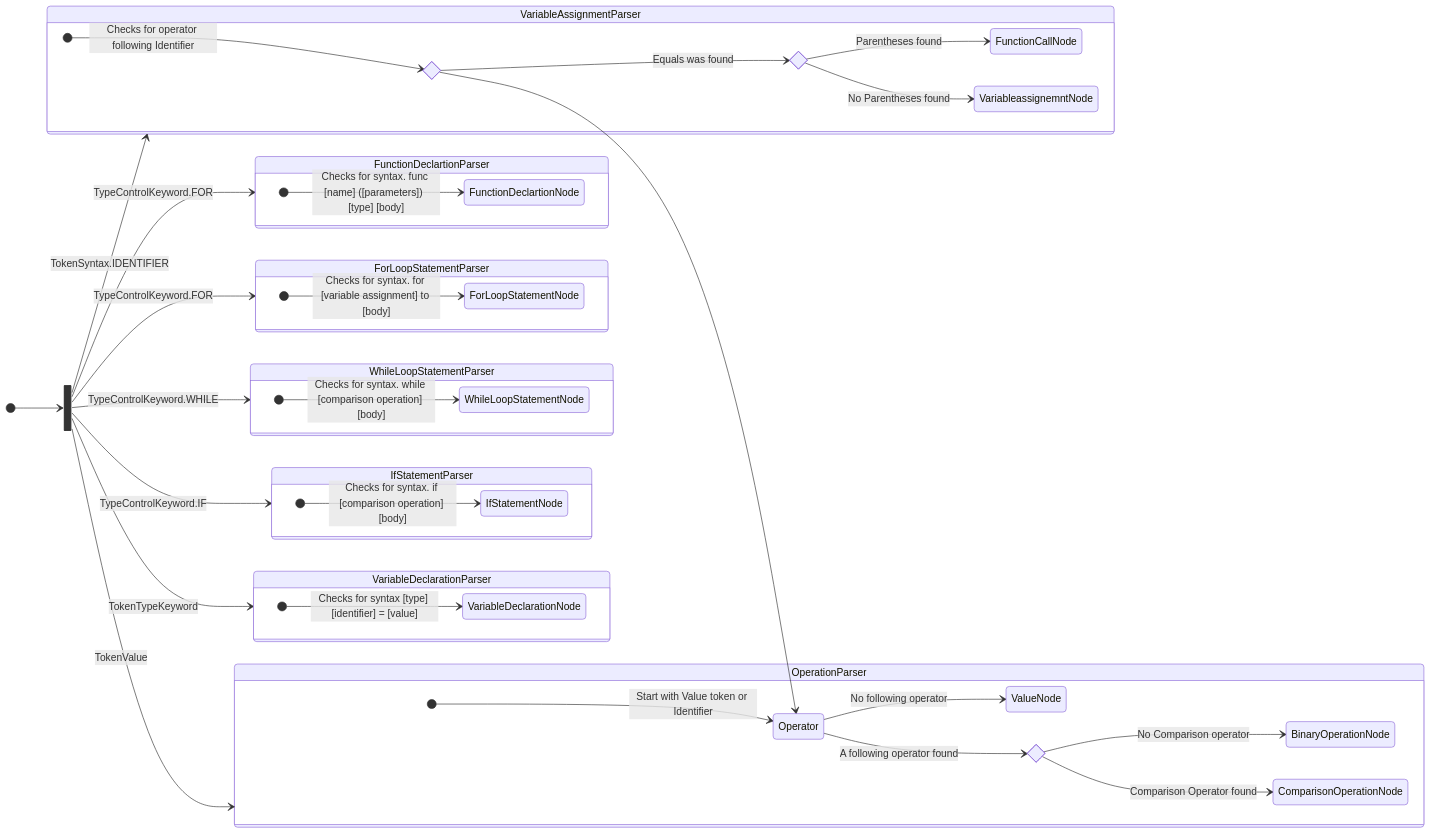
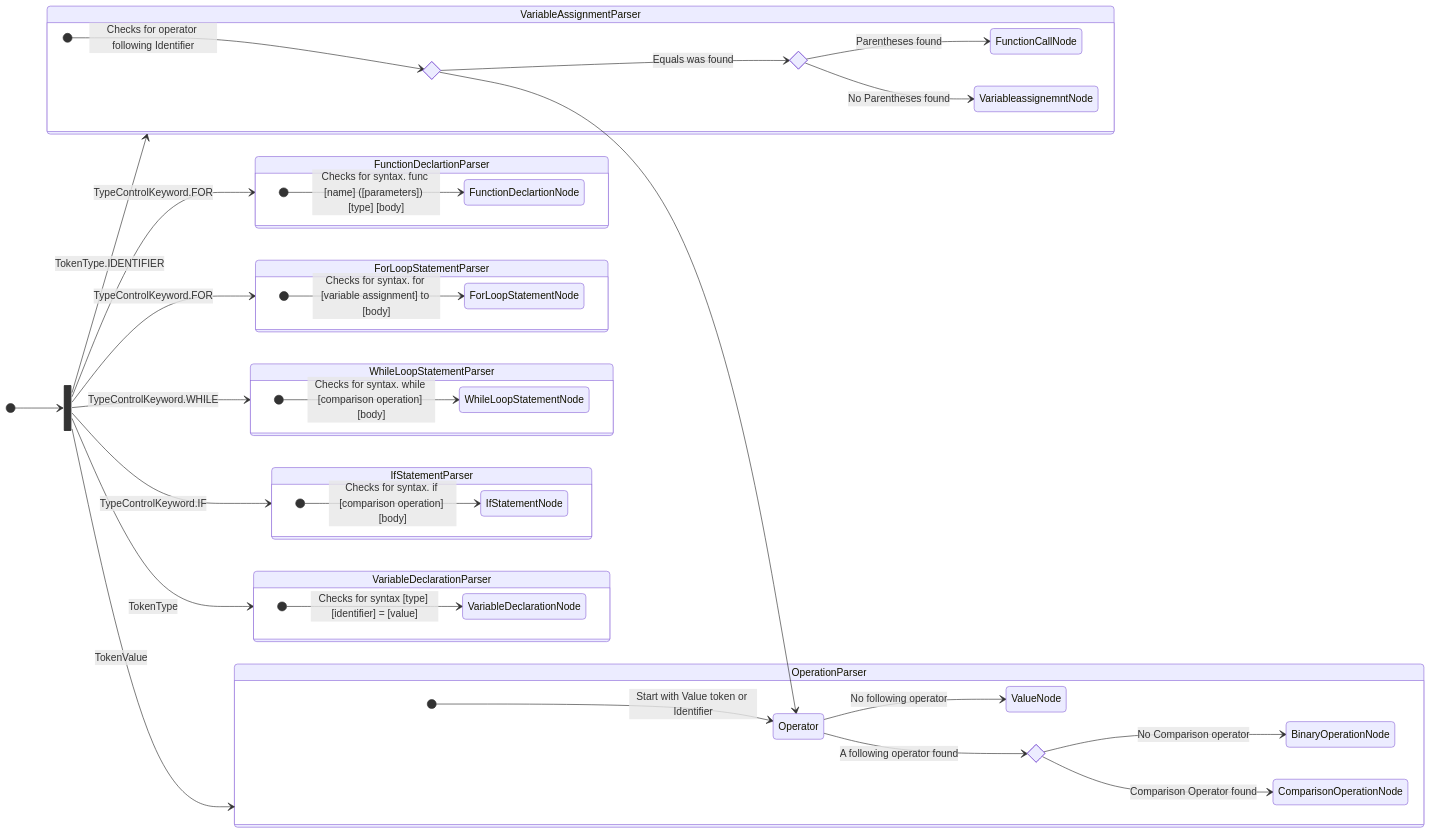
Before and after one commit to piratelang/pirate: the diagram in PirateParser/Parsers/Flowchart.md, drawn with Mermaid. The commit also changed 44 other files, not shown here.

````diff
--- a/PirateParser/Parsers/Flowchart.md
+++ b/PirateParser/Parsers/Flowchart.md
@@ -2,62 +2,62 @@
 ```mermaid
 stateDiagram-v2
     direction LR
     state Fork <<fork>>
     [*] --> Fork
 
     Fork --> FunctionDeclartionParser : TypeControlKeyword.FOR
     state FunctionDeclartionParser {
         direction LR
         [*] --> FunctionDeclartionNode : Checks for syntax. func [name] ([parameters])  [type] [body]
     }
 
     Fork --> ForLoopStatementParser : TypeControlKeyword.FOR
     state ForLoopStatementParser {
         direction LR
         [*] --> ForLoopStatementNode : Checks for syntax. for [variable assignment] to [body]
     }
 
     Fork --> WhileLoopStatementParser : TypeControlKeyword.WHILE
     state WhileLoopStatementParser {
         direction LR
         [*] --> WhileLoopStatementNode : Checks for syntax. while [comparison operation] [body]
     }
 
     Fork --> IfStatementParser : TypeControlKeyword.IF
     state IfStatementParser {
         direction LR
         [*] --> IfStatementNode : Checks for syntax. if [comparison operation] [body]
     }
 
-    Fork --> VariableDeclarationParser : TokenTypeKeyword
+    Fork --> VariableDeclarationParser : TokenType
     state VariableDeclarationParser {
         direction LR
         [*] --> VariableDeclarationNode : Checks for syntax [type] [identifier] = [value]
     }
 
-    Fork--> VariableAssignmentParser : TokenSyntax.IDENTIFIER
+    Fork--> VariableAssignmentParser : TokenType.IDENTIFIER
     state VariableAssignmentParser {
         direction LR
         state EqualsOperator <<choice>>
         [*] --> EqualsOperator : Checks for operator following Identifier
         state LeftParantheses <<choice>>
         EqualsOperator --> LeftParantheses: Equals was found
         LeftParantheses --> FunctionCallNode : Parentheses found
         LeftParantheses --> VariableassignemntNode : No Parentheses found
 
     }
     EqualsOperator --> Operator
     
     Fork --> OperationParser : TokenValue
     state OperationParser{
         direction LR
         state Operator <<choice>>
         [*] --> Operator : Start with Value token or Identifier
         Operator --> ValueNode : No following operator
 
         state DoubleOperator <<choice>>
         Operator --> DoubleOperator : A following operator found
         DoubleOperator --> BinaryOperationNode : No Comparison operator
         DoubleOperator --> ComparisonOperationNode : Comparison Operator found
     }
 ```
````
